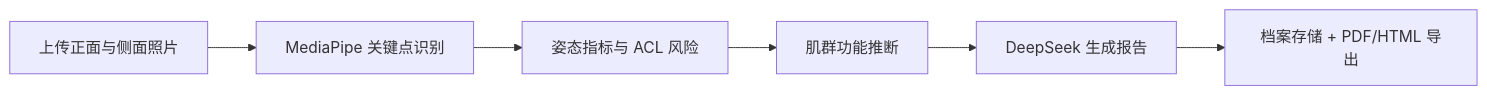
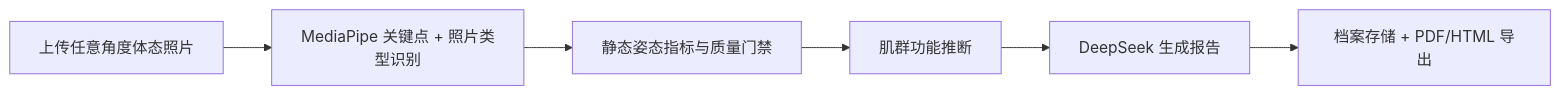
Before and after one commit to luoyesong888/pose-assessment: the diagram in README_ZH.md, drawn with Mermaid. The commit also changed other lines of this file and 23 other files, not shown here.

````diff
--- a/README_ZH.md
+++ b/README_ZH.md
@@ -25,8 +27,8 @@
 ```mermaid
 flowchart LR
-    A[上传正面与侧面照片] --> B[MediaPipe 关键点识别]
-    B --> C[姿态指标与 ACL 风险]
+    A[上传任意角度体态照片] --> B[MediaPipe 关键点 + 照片类型识别]
+    B --> C[静态姿态指标与质量门禁]
     C --> D[肌群功能推断]
     D --> E[DeepSeek 生成报告]
     E --> F[档案存储 + PDF/HTML 导出]
 ```
````
